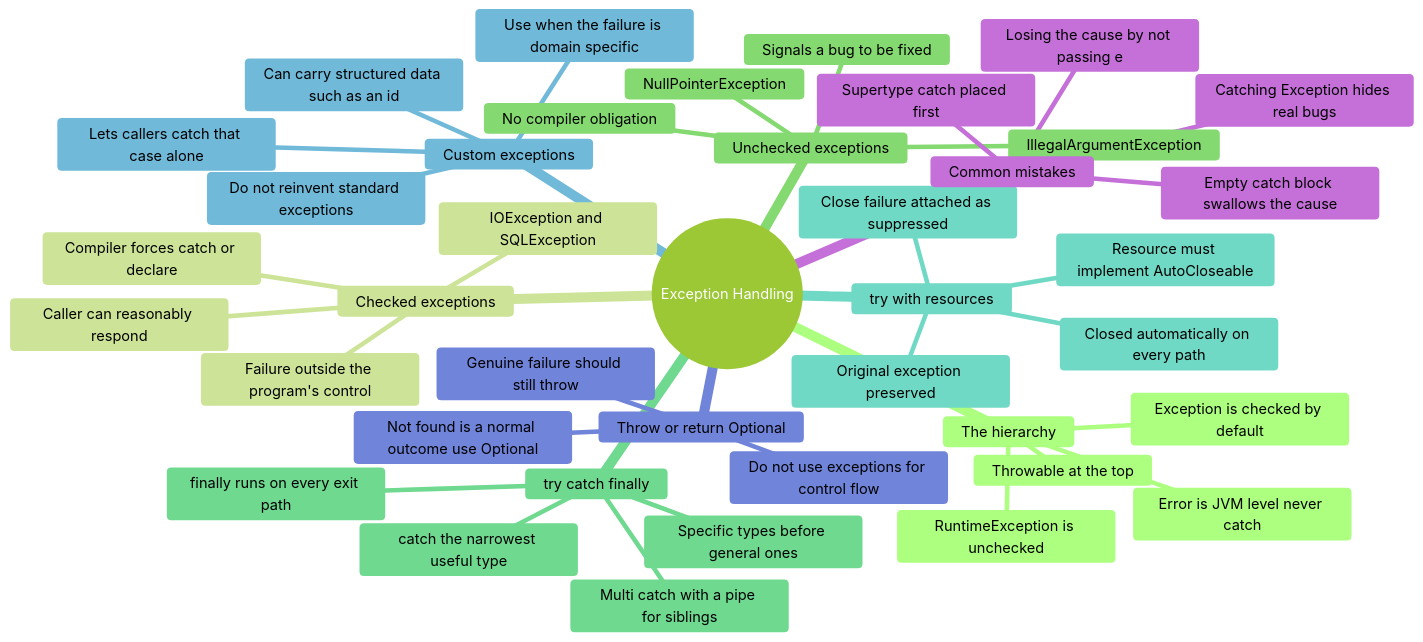
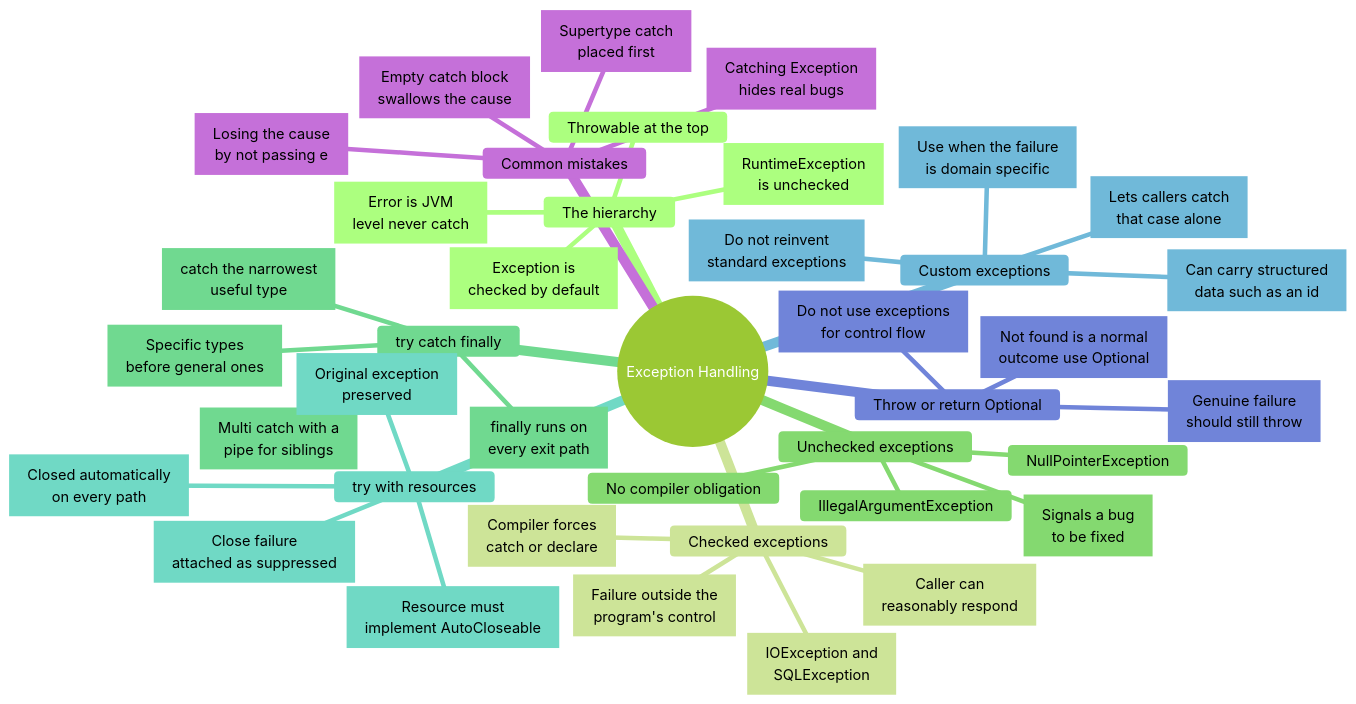
The first of 13 diagrams in notes/shared/mind maps/revision_t10_t22.md (nmcguinness/L8-OOP-Module-Content), drawn with Mermaid before and after one commit. The commit also changed other lines of this file and 421 other files, not shown here.

Commit message:
Updated mermaid diagrams and note layout for topics 9-24.

````diff
--- a/notes/shared/mind maps/revision_t10_t22.md
+++ b/notes/shared/mind maps/revision_t10_t22.md
@@ -45,55 +38,82 @@
 ```mermaid
 ---
 title: "Exception Handling"
 accDescr: "Mind map of Exception Handling. Branches: The hierarchy; Checked exceptions; Unchecked exceptions; try catch finally; try with resources; Custom exceptions; Throw or return Optional; Common mistakes."
 ---
-%%{init: { "theme": "forest" }}%%
+%%{init: { "theme": "forest", "markdownAutoWrap": false, "mindmap": { "maxNodeWidth": 300 } }}%%
 mindmap
   root((Exception Handling))
     The hierarchy
       Throwable at the top
-      Error is JVM level never catch
-      Exception is checked by default
-      RuntimeException is unchecked
+      n1["`Error is JVM
+      level never catch`"]
+      n2["`Exception is
+      checked by default`"]
+      n3["`RuntimeException
+      is unchecked`"]
 
     Checked exceptions
-      Compiler forces catch or declare
-      Failure outside the program's control
-      IOException and SQLException
-      Caller can reasonably respond
+      n4["`Compiler forces
+      catch or declare`"]
+      n5["`Failure outside the
+      program's control`"]
+      n6["`IOException and
+      SQLException`"]
+      n7["`Caller can
+      reasonably respond`"]
 
     Unchecked exceptions
       No compiler obligation
-      Signals a bug to be fixed
+      n8["`Signals a bug
+      to be fixed`"]
       IllegalArgumentException
       NullPointerException
 
     try catch finally
-      catch the narrowest useful type
-      Specific types before general ones
-      finally runs on every exit path
-      Multi catch with a pipe for siblings
+      n9["`catch the narrowest
+      useful type`"]
+      n10["`Specific types
+      before general ones`"]
+      n11["`finally runs on
+      every exit path`"]
+      n12["`Multi catch with a
+      pipe for siblings`"]
 
     try with resources
-      Resource must implement AutoCloseable
-      Closed automatically on every path
-      Original exception preserved
-      Close failure attached as suppressed
+      n13["`Resource must
+      implement AutoCloseable`"]
+      n14["`Closed automatically
+      on every path`"]
+      n15["`Original exception
+      preserved`"]
+      n16["`Close failure
+      attached as suppressed`"]
 
     Custom exceptions
-      Use when the failure is domain specific
-      Lets callers catch that case alone
-      Can carry structured data such as an id
-      Do not reinvent standard exceptions
+      n17["`Use when the failure
+      is domain specific`"]
+      n18["`Lets callers catch
+      that case alone`"]
+      n19["`Can carry structured
+      data such as an id`"]
+      n20["`Do not reinvent
+      standard exceptions`"]
 
     Throw or return Optional
-      Not found is a normal outcome use Optional
-      Genuine failure should still throw
-      Do not use exceptions for control flow
+      n21["`Not found is a normal
+      outcome use Optional`"]
+      n22["`Genuine failure
+      should still throw`"]
+      n23["`Do not use exceptions
+      for control flow`"]
 
     Common mistakes
-      Empty catch block swallows the cause
-      Catching Exception hides real bugs
-      Losing the cause by not passing e
-      Supertype catch placed first
+      n24["`Empty catch block
+      swallows the cause`"]
+      n25["`Catching Exception
+      hides real bugs`"]
+      n26["`Losing the cause
+      by not passing e`"]
+      n27["`Supertype catch
+      placed first`"]
 ```
````
